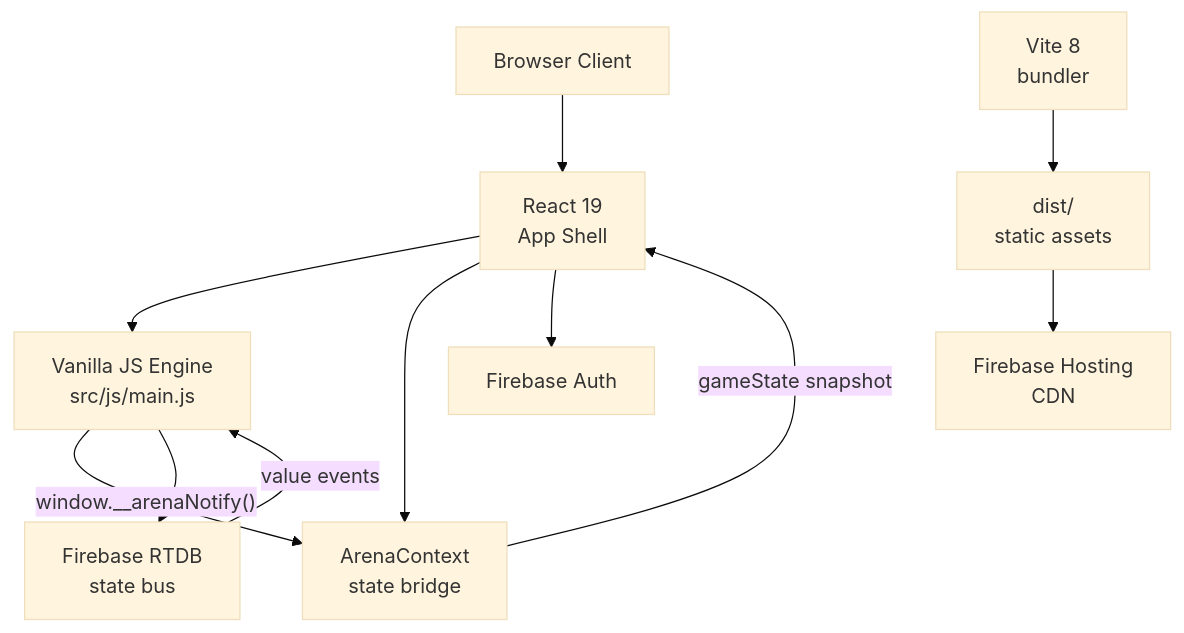
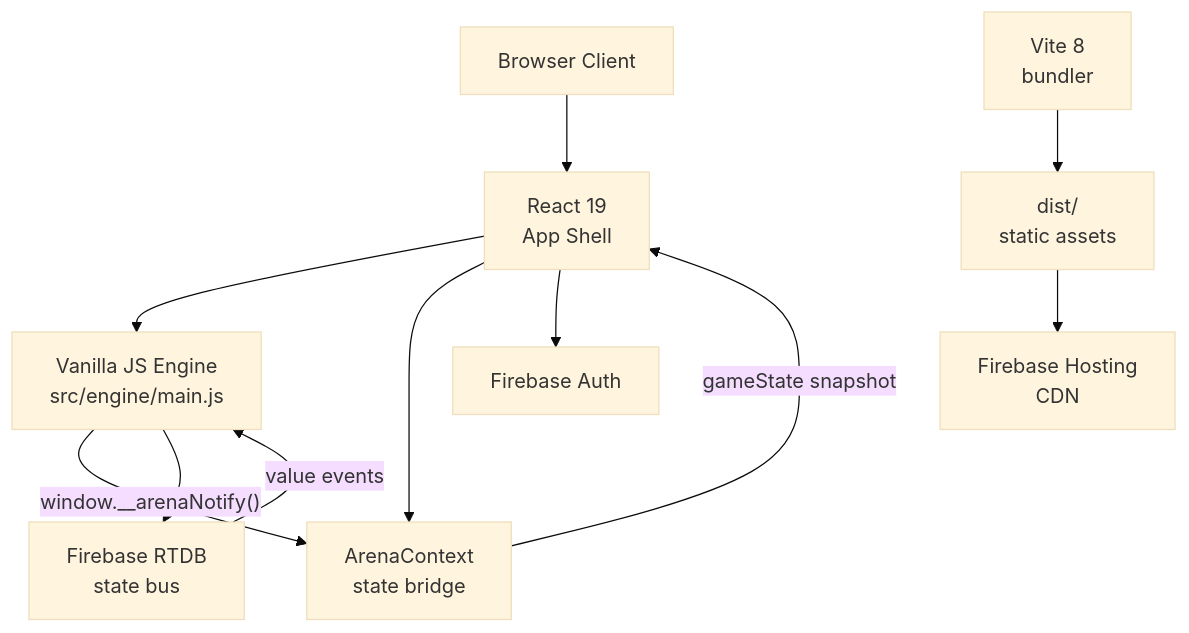
Before and after one commit to Sapeksh2001/Pokemon-Battle-Arena: the first of 2 diagrams in docs/TECH_STACK.md, drawn with Mermaid (base theme). The commit also changed other lines of this file and 4 other files, not shown here.

````diff
--- a/docs/TECH_STACK.md
+++ b/docs/TECH_STACK.md
@@ -10,15 +10,15 @@
 ```mermaid
 flowchart TD
     Browser["Browser Client"] --> React["React 19\nApp Shell"]
-    React --> Engine["Vanilla JS Engine\nsrc/js/main.js"]
+    React --> Engine["Vanilla JS Engine\nsrc/engine/main.js"]
     React --> Context["ArenaContext\nstate bridge"]
     Engine -- "window.__arenaNotify()" --> Context
     Context -- "gameState snapshot" --> React
 
     Engine --> RTDB["Firebase RTDB\nstate bus"]
     React --> Auth["Firebase Auth"]
     RTDB -- "value events" --> Engine
 
     Vite["Vite 8\nbundler"] --> Bundle["dist/\nstatic assets"]
     Bundle --> Hosting["Firebase Hosting\nCDN"]
 ```
````
